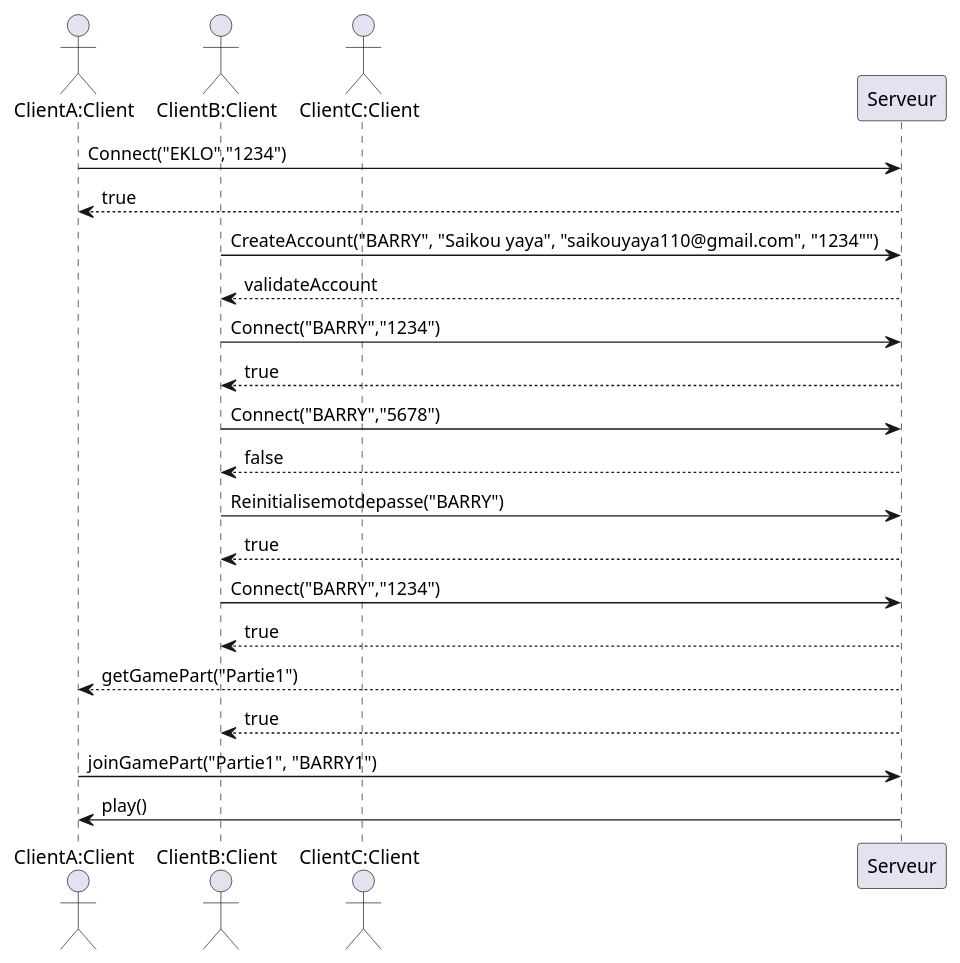
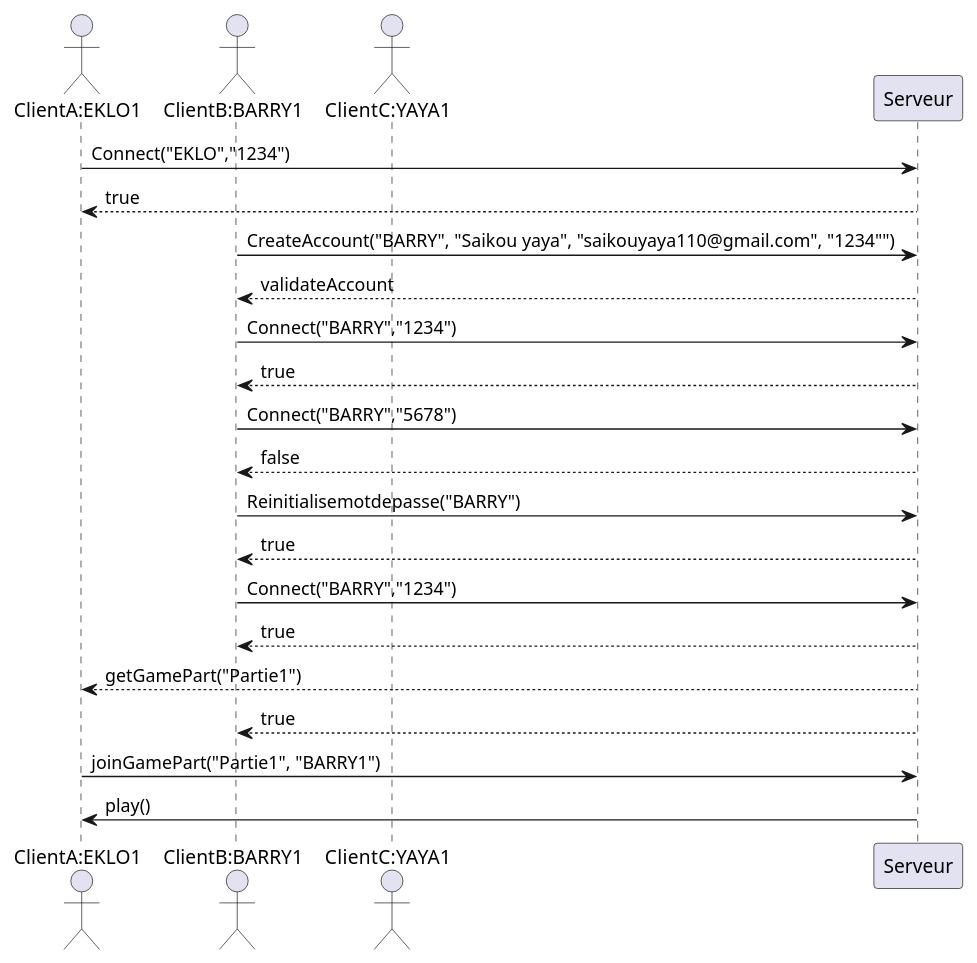
Before and after one commit to sybarry/Trivial_Pursuit_CL: diagram 13 of 15 in trivial-doc/modules/development/pages/composants.adoc, drawn with PlantUML. The commit also changed other lines of this file, not shown here.

```diff
--- a/trivial-doc/modules/development/pages/composants.adoc
+++ b/trivial-doc/modules/development/pages/composants.adoc
@@ -378,34 +378,34 @@
 [plantuml]
 ....
 @startuml
 
-actor "ClientA:Client" as C1
-actor "ClientB:Client" as C2
-actor "ClientC:Client" as C3
+actor "ClientA:EKLO1" as C1
+actor "ClientB:BARRY1" as C2
+actor "ClientC:YAYA1" as C3
 
 C1 -> Serveur: Connect("EKLO","1234")
 Serveur --> C1 : true
 C2 -> Serveur: CreateAccount("BARRY", "Saikou yaya", "saikouyaya110@gmail.com", "1234"")
 Serveur --> C2 : validateAccount
 
 
 C2 -> Serveur: Connect("BARRY","1234")
 Serveur --> C2 : true
 
 C2 -> Serveur: Connect("BARRY","5678")
 Serveur --> C2 : false
 
 C2 -> Serveur : Reinitialisemotdepasse("BARRY")
 Serveur --> C2 : true
 
 C2 -> Serveur: Connect("BARRY","1234")
 Serveur --> C2 : true
 
 Serveur --> C1: getGamePart("Partie1")
 Serveur --> C2 : true
 C1 -> Serveur: joinGamePart("Partie1", "BARRY1")
 
 Serveur -> C1 : play()
 
 @enduml
 ....
```
